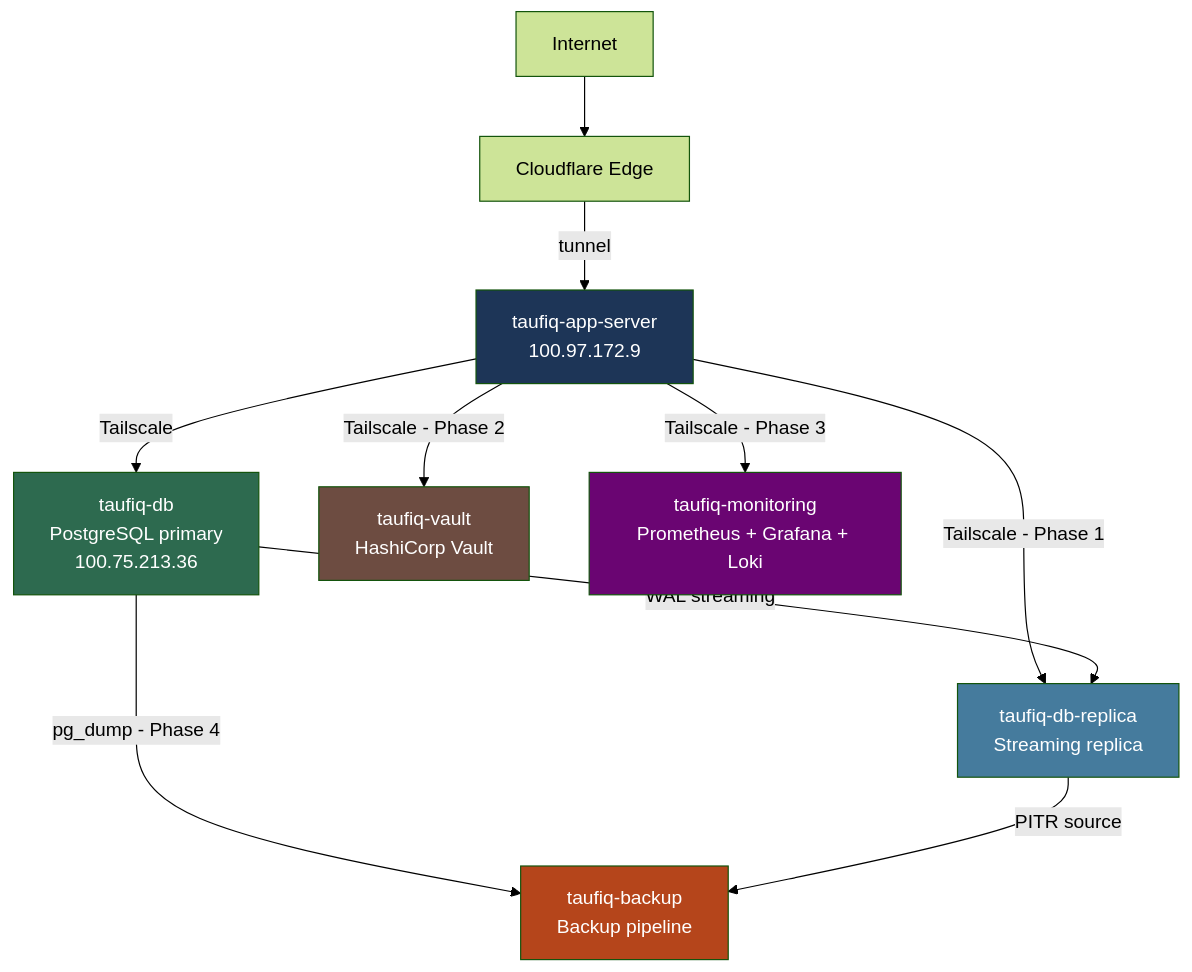
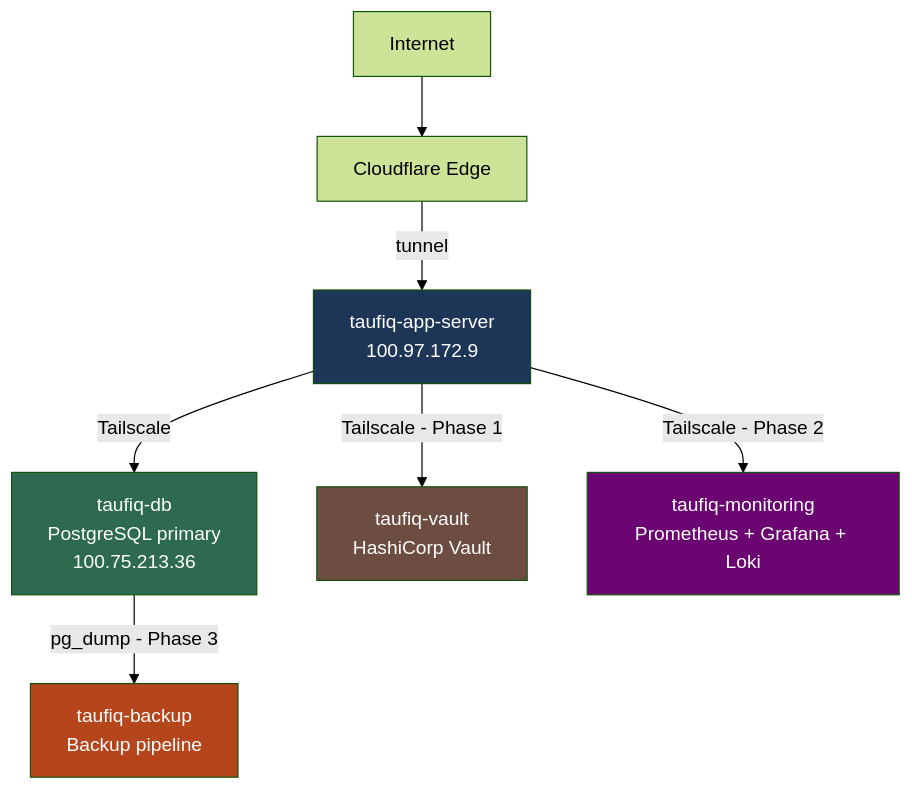
Before and after one commit to tttaufiqqq/database-homelab-proxmox: the second of 2 diagrams in 01-foundation/homelab-architecture.md, drawn with Mermaid (forest theme). The commit also changed other lines of this file and 11 other files, not shown here.

````diff
--- a/01-foundation/homelab-architecture.md
+++ b/01-foundation/homelab-architecture.md
@@ -480,21 +479,17 @@
 ```mermaid
 graph TD
     Internet --> CF[Cloudflare Edge]
     CF -->|tunnel| App[taufiq-app-server\n100.97.172.9]
 
     App -->|Tailscale| DB[taufiq-db\nPostgreSQL primary\n100.75.213.36]
-    App -->|Tailscale - Phase 1| Replica[taufiq-db-replica\nStreaming replica]
-    App -->|Tailscale - Phase 2| Vault[taufiq-vault\nHashiCorp Vault]
-    App -->|Tailscale - Phase 3| Mon[taufiq-monitoring\nPrometheus + Grafana + Loki]
+    App -->|Tailscale - Phase 1| Vault[taufiq-vault\nHashiCorp Vault]
+    App -->|Tailscale - Phase 2| Mon[taufiq-monitoring\nPrometheus + Grafana + Loki]
 
-    DB -->|WAL streaming| Replica
-    DB -->|pg_dump - Phase 4| Backup[taufiq-backup\nBackup pipeline]
-    Replica -->|PITR source| Backup
+    DB -->|pg_dump - Phase 3| Backup[taufiq-backup\nBackup pipeline]
 
     style DB fill:#2d6a4f,color:#fff
     style App fill:#1d3557,color:#fff
-    style Replica fill:#457b9d,color:#fff
     style Vault fill:#6d4c41,color:#fff
     style Mon fill:#6a0572,color:#fff
     style Backup fill:#b5451b,color:#fff
 ```
````
